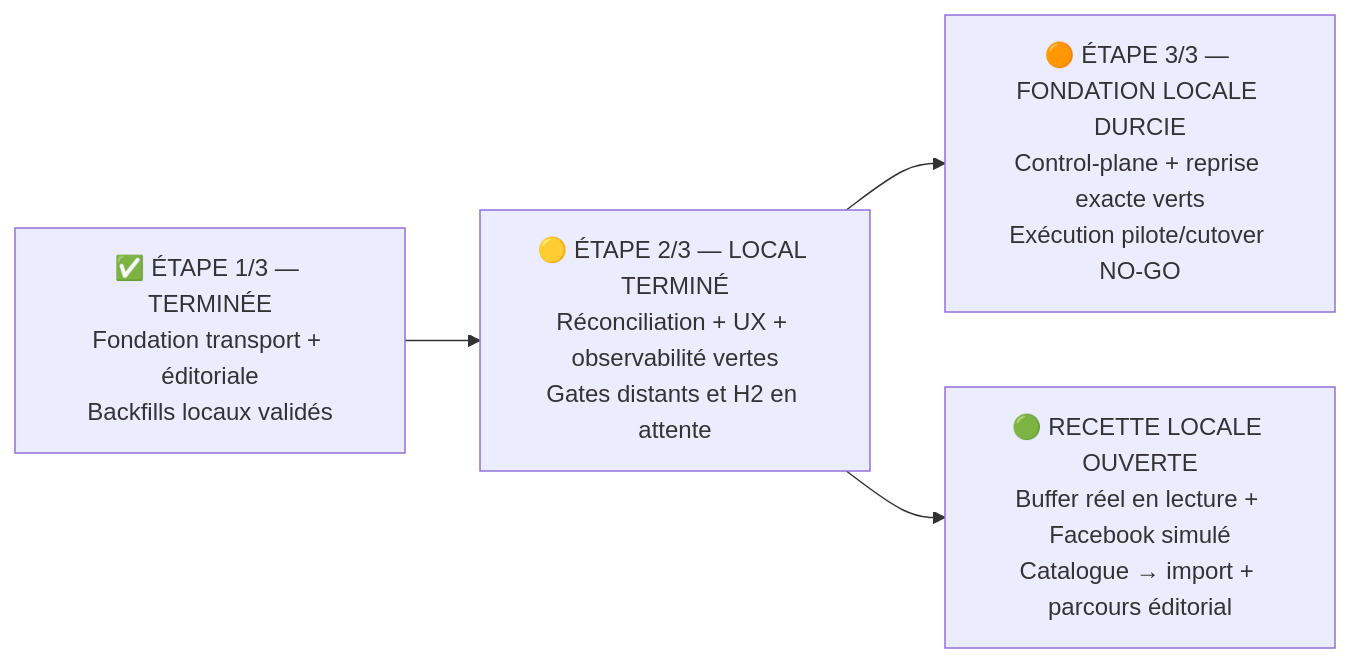
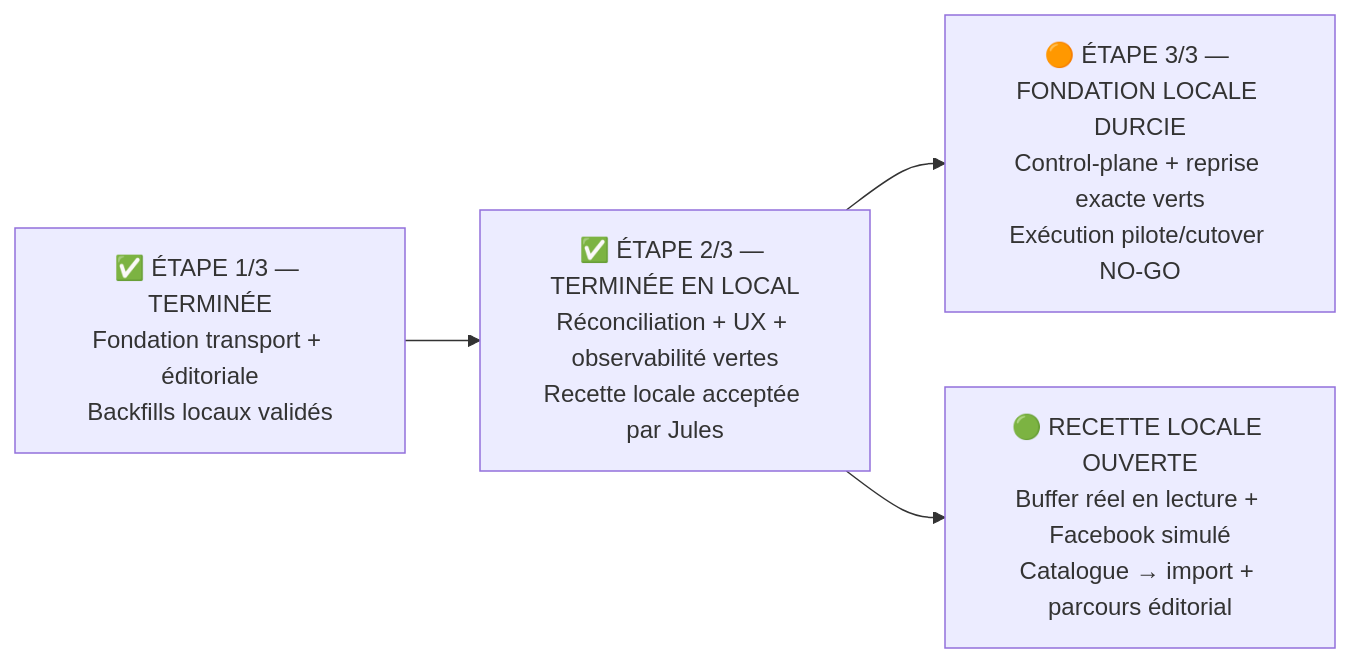
The diagram in docs/MALIKIA_PULSE_AVANCEMENT_VISUEL.md (Lenenba/mlkpro_v3), drawn with Mermaid before and after one commit. The commit also changed other lines of this file and 2 other files, not shown here.

Commit message:
docs(pulse): close local phase 2

````diff
--- a/docs/MALIKIA_PULSE_AVANCEMENT_VISUEL.md
+++ b/docs/MALIKIA_PULSE_AVANCEMENT_VISUEL.md
@@ -11,10 +11,10 @@
 ```mermaid
 flowchart LR
     E1["✅ ÉTAPE 1/3 — TERMINÉE<br/>Fondation transport + éditoriale<br/>Backfills locaux validés"]
-    E2["🟡 ÉTAPE 2/3 — LOCAL TERMINÉ<br/>Réconciliation + UX + observabilité vertes<br/>Gates distants et H2 en attente"]
+    E2["✅ ÉTAPE 2/3 — TERMINÉE EN LOCAL<br/>Réconciliation + UX + observabilité vertes<br/>Recette locale acceptée par Jules"]
     E3["🟠 ÉTAPE 3/3 — FONDATION LOCALE DURCIE<br/>Control-plane + reprise exacte verts<br/>Exécution pilote/cutover NO-GO"]
     UAT["🟢 RECETTE LOCALE OUVERTE<br/>Buffer réel en lecture + Facebook simulé<br/>Catalogue → import + parcours éditorial"]
 
     E1 --> E2 --> E3
     E2 --> UAT
 ```
````
